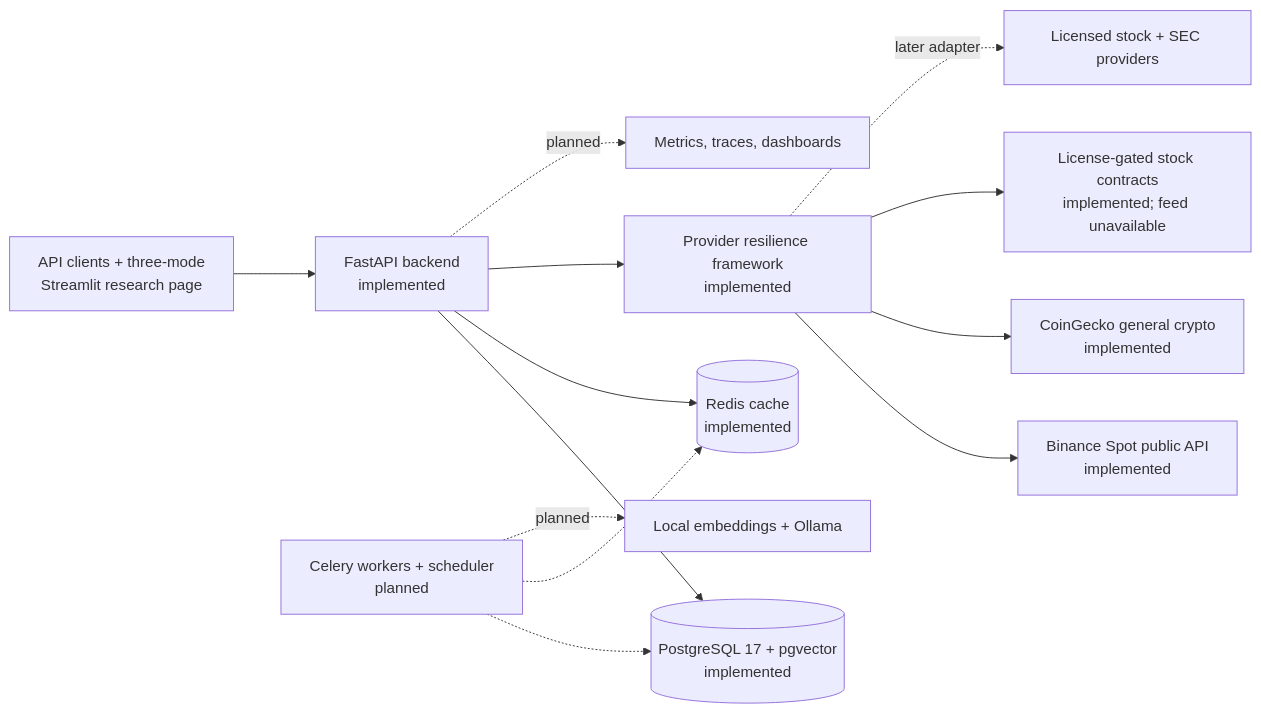
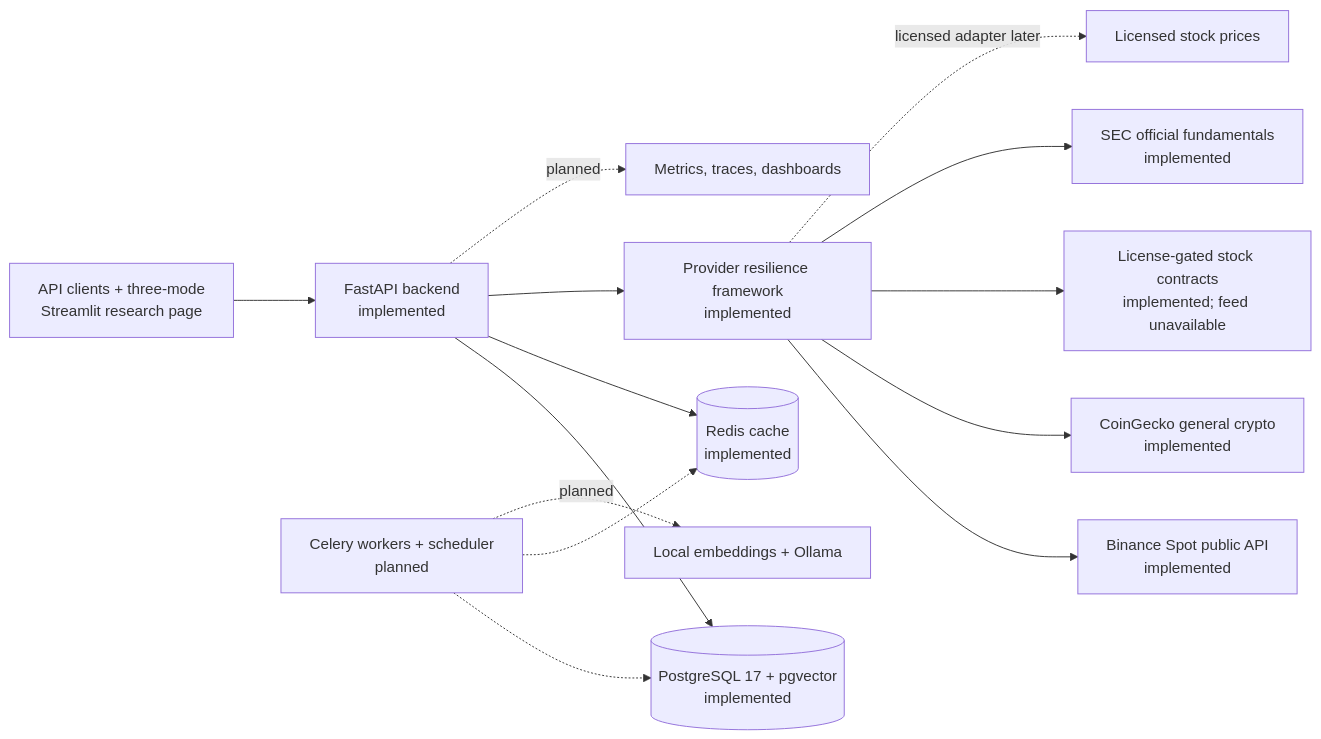
One commit to moazsarwar2004/ai-investment-research-copilot changed the diagram in README.md. Above: the diagram before and after it, drawn with Mermaid. The commit also changed other lines of this file and 76 other files, not shown here.

````diff
--- a/README.md
+++ b/README.md
@@ -67,15 +72,16 @@
 ```mermaid
 flowchart LR
     Client["API clients + three-mode<br/>Streamlit research page"] --> API["FastAPI backend<br/>implemented"]
     API --> PostgreSQL[("PostgreSQL 17 + pgvector<br/>implemented")]
     API --> Redis[("Redis cache<br/>implemented")]
     API --> ProviderFramework["Provider resilience framework<br/>implemented"]
     ProviderFramework --> Binance["Binance Spot public API<br/>implemented"]
     ProviderFramework --> CoinGecko["CoinGecko general crypto<br/>implemented"]
     ProviderFramework --> StockContracts["License-gated stock contracts<br/>implemented; feed unavailable"]
-    ProviderFramework -. "later adapter" .-> Providers["Licensed stock + SEC providers"]
+    ProviderFramework --> SEC["SEC official fundamentals<br/>implemented"]
+    ProviderFramework -. "licensed adapter later" .-> Providers["Licensed stock prices"]
     Workers["Celery workers + scheduler<br/>planned"] -.-> PostgreSQL
     Workers -.-> Redis
     Workers -. "planned" .-> Ollama["Local embeddings + Ollama"]
     API -. "planned" .-> Observability["Metrics, traces, dashboards"]
 ```
````
